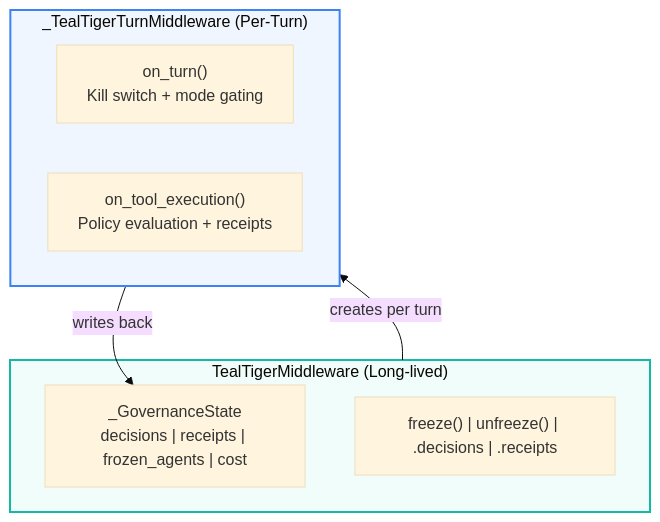
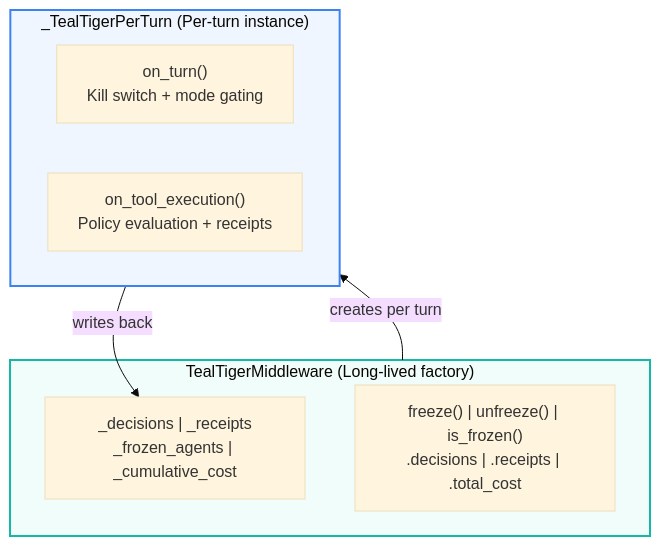
One commit to ag2ai/ag2 changed the fourth of 4 diagrams in website/docs/user-guide/extensions/tealtiger.mdx. Above: the diagram before and after it, drawn with Mermaid (base theme). The commit also changed other lines of this file and 1 other file, not shown here.

````diff
--- a/website/docs/user-guide/extensions/tealtiger.mdx
+++ b/website/docs/user-guide/extensions/tealtiger.mdx
@@ -412,19 +464,19 @@
 ```mermaid
 flowchart TB
-    subgraph Factory["TealTigerMiddleware (Long-lived)"]
-        STATE["_GovernanceState\ndecisions | receipts | frozen_agents | cost"]
-        API["freeze() | unfreeze() | .decisions | .receipts"]
+    subgraph Factory["TealTigerMiddleware (Long-lived factory)"]
+        STATE["_decisions | _receipts<br/>_frozen_agents | _cumulative_cost"]
+        API["freeze() | unfreeze() | is_frozen()<br/>.decisions | .receipts | .total_cost"]
     end
 
     Factory -->|"creates per turn"| PerTurn
 
-    subgraph PerTurn["_TealTigerTurnMiddleware (Per-Turn)"]
-        TURN["on_turn()\nKill switch + mode gating"]
-        TOOL["on_tool_execution()\nPolicy evaluation + receipts"]
+    subgraph PerTurn["_TealTigerPerTurn (Per-turn instance)"]
+        TURN["on_turn()<br/>Kill switch + mode gating"]
+        TOOL["on_tool_execution()<br/>Policy evaluation + receipts"]
     end
 
     PerTurn -->|"writes back"| STATE
 
     style Factory fill:#f0fdfa,stroke:#14b8a6,stroke-width:2px
     style PerTurn fill:#eff6ff,stroke:#3b82f6,stroke-width:2px
 ```
````
